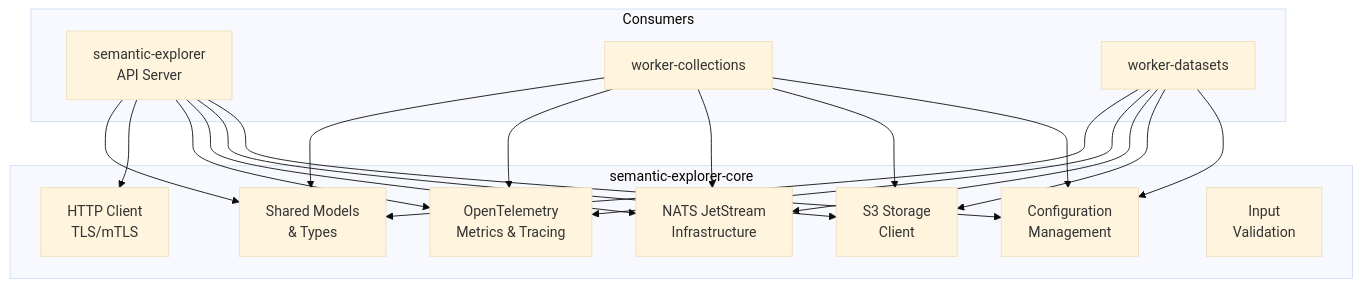
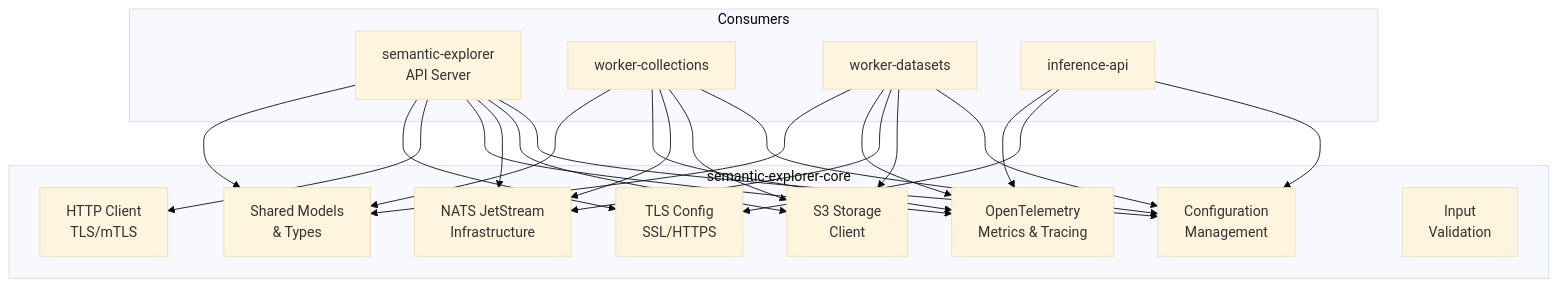
Before and after one commit to FishySoftware/semantic-explorer: the first of 2 diagrams in crates/core/README.md, drawn with Mermaid (base theme). The commit also changed other lines of this file and 92 other files, not shown here.

````diff
--- a/crates/core/README.md
+++ b/crates/core/README.md
@@ -25,37 +26,44 @@
 ```mermaid
 graph TB
     subgraph "semantic-explorer-core"
         CONFIG[Configuration<br/>Management]
         STORAGE[S3 Storage<br/>Client]
         NATS[NATS JetStream<br/>Infrastructure]
         OTEL[OpenTelemetry<br/>Metrics & Tracing]
         HTTP[HTTP Client<br/>TLS/mTLS]
+        TLS[TLS Config<br/>SSL/HTTPS]
         MODELS[Shared Models<br/>& Types]
         VALIDATION[Input<br/>Validation]
     end
 
     subgraph "Consumers"
         API[semantic-explorer<br/>API Server]
         WC[worker-collections]
         WD[worker-datasets]
+        INF[inference-api]
     end
 
     API --> CONFIG
     API --> STORAGE
     API --> NATS
     API --> OTEL
     API --> HTTP
+    API --> TLS
     API --> MODELS
 
     WC --> CONFIG
     WC --> STORAGE
     WC --> NATS
     WC --> OTEL
     WC --> MODELS
 
     WD --> CONFIG
     WD --> STORAGE
     WD --> NATS
     WD --> OTEL
     WD --> MODELS
+
+    INF --> CONFIG
+    INF --> TLS
+    INF --> OTEL
 ```
````
